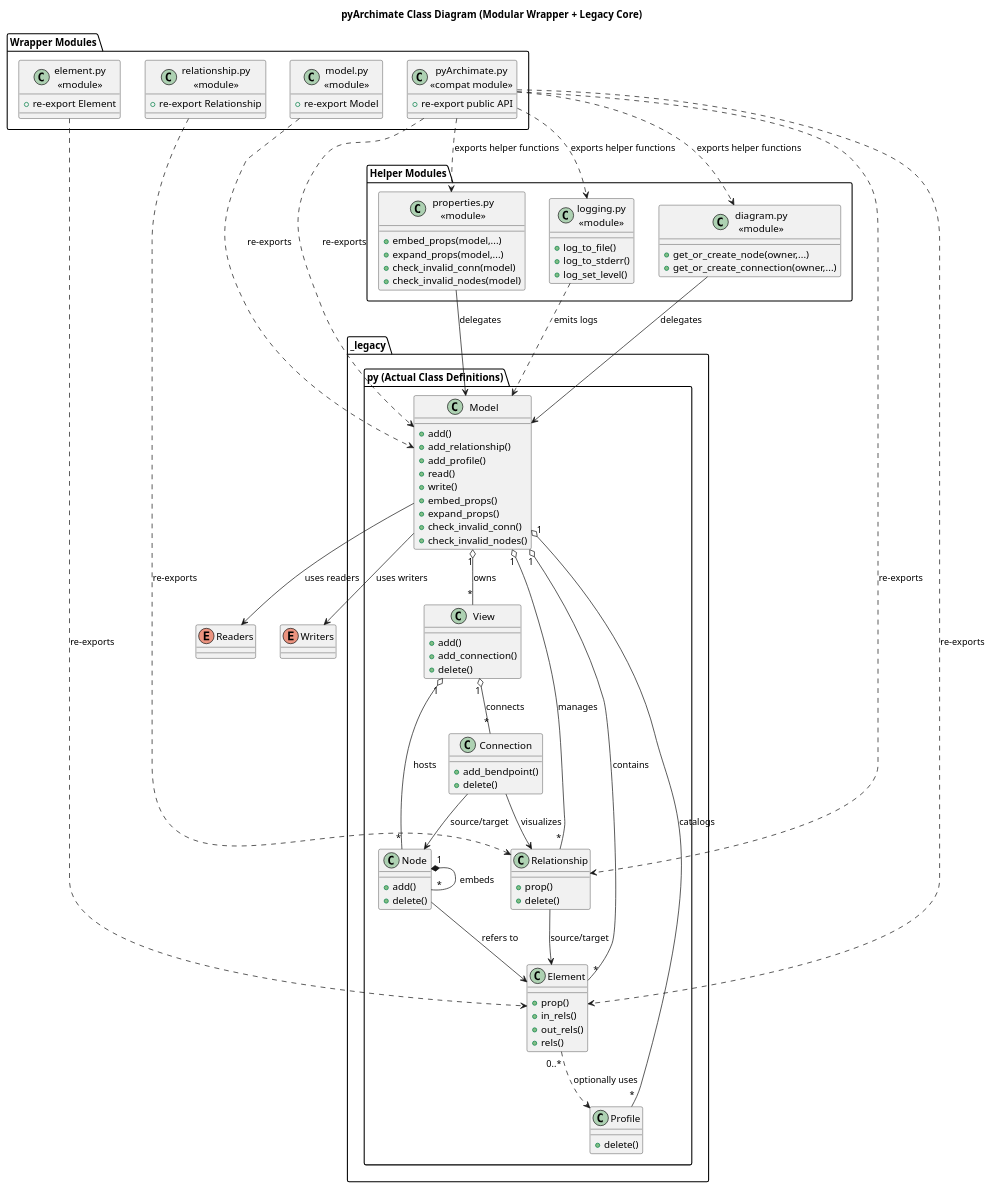
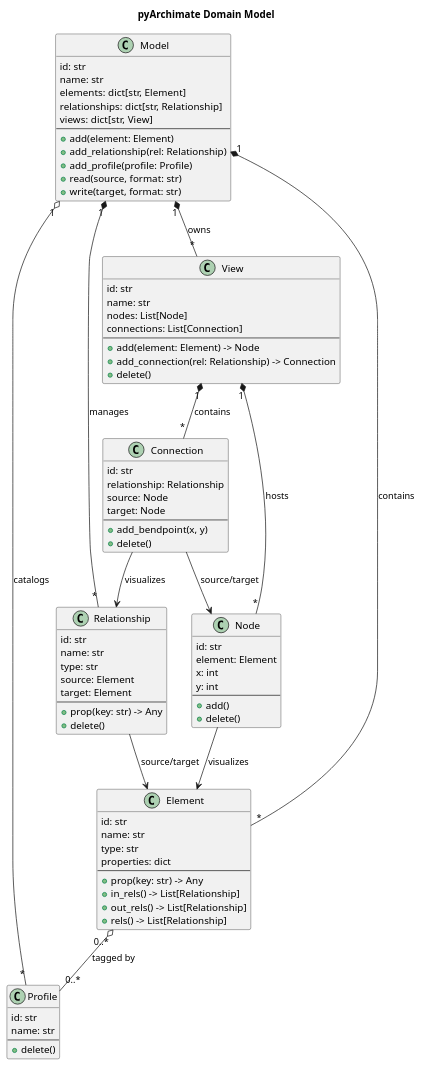
One commit to pyArchimate/pyArchimate changed the diagram in docs/diagrams/class.puml. Above: the diagram before and after it, drawn with PlantUML. The commit also changed 17 other files, not shown here.

Commit message:
feat: add view facade and prep legacy extraction

```diff
--- a/docs/diagrams/class.puml
+++ b/docs/diagrams/class.puml
@@ -1,107 +1,95 @@
 @startuml
-title pyArchimate Class Diagram (Modular Wrapper + Legacy Core)
+title pyArchimate Domain Model
 
-package "Wrapper Modules" {
-  class "model.py\n<<module>>" as ModelModule {
-    + re-export Model
-  }
-  class "element.py\n<<module>>" as ElementModule {
-    + re-export Element
-  }
-  class "relationship.py\n<<module>>" as RelationshipModule {
-    + re-export Relationship
-  }
-  class "pyArchimate.py\n<<compat module>>" as CompatModule {
-    + re-export public API
-  }
+class Model {
+  id: str
+  name: str
+  elements: dict[str, Element]
+  relationships: dict[str, Relationship]
+  views: dict[str, View]
+  --
+  + add(element: Element)
+  + add_relationship(rel: Relationship)
+  + add_profile(profile: Profile)
+  + read(source, format: str)
+  + write(target, format: str)
 }
 
-package "Helper Modules" {
-  class "diagram.py\n<<module>>" as DiagramModule {
-    + get_or_create_node(owner,...)
-    + get_or_create_connection(owner,...)
-  }
-  class "properties.py\n<<module>>" as PropertyModule {
-    + embed_props(model,...)
-    + expand_props(model,...)
-    + check_invalid_conn(model)
-    + check_invalid_nodes(model)
-  }
-  class "logging.py\n<<module>>" as LoggingModule {
-    + log_to_file()
-    + log_to_stderr()
-    + log_set_level()
-  }
+class Element {
+  id: str
+  name: str
+  type: str
+  properties: dict
+  --
+  + prop(key: str) -> Any
+  + in_rels() -> List[Relationship]
+  + out_rels() -> List[Relationship]
+  + rels() -> List[Relationship]
 }
 
-package "_legacy.py (Actual Class Definitions)" {
-  class Model {
-    + add()
-    + add_relationship()
-    + add_profile()
-    + read()
-    + write()
-    + embed_props()
-    + expand_props()
-    + check_invalid_conn()
-    + check_invalid_nodes()
-  }
-  class Element {
-    + prop()
-    + in_rels()
-    + out_rels()
-    + rels()
-  }
-  class Relationship {
-    + prop()
-    + delete()
-  }
-  class Profile {
-    + delete()
-  }
-  class View {
-    + add()
-    + add_connection()
-    + delete()
-  }
-  class Node {
-    + add()
-    + delete()
-  }
-  class Connection {
-    + add_bendpoint()
-    + delete()
-  }
+class Relationship {
+  id: str
+  name: str
+  type: str
+  source: Element
+  target: Element
+  --
+  + prop(key: str) -> Any
+  + delete()
 }
 
-enum Readers
-enum Writers
+class Profile {
+  id: str
+  name: str
+  --
+  + delete()
+}
 
-ModelModule ..> Model : re-exports
-ElementModule ..> Element : re-exports
-RelationshipModule ..> Relationship : re-exports
-CompatModule ..> Model : re-exports
-CompatModule ..> Element : re-exports
-CompatModule ..> Relationship : re-exports
-CompatModule ..> DiagramModule : exports helper functions
-CompatModule ..> PropertyModule : exports helper functions
-CompatModule ..> LoggingModule : exports helper functions
+class View {
+  id: str
+  name: str
+  nodes: List[Node]
+  connections: List[Connection]
+  --
+  + add(element: Element) -> Node
+  + add_connection(rel: Relationship) -> Connection
+  + delete()
+}
 
-Model "1" o-- "*" Element : contains
-Model "1" o-- "*" Relationship : manages
-Model "1" o-- "*" View : owns
+class Node {
+  id: str
+  element: Element
+  x: int
+  y: int
+  --
+  + add()
+  + delete()
+}
+
+class Connection {
+  id: str
+  relationship: Relationship
+  source: Node
+  target: Node
+  --
+  + add_bendpoint(x, y)
+  + delete()
+}
+
+Model "1" *-- "*" Element : contains
+Model "1" *-- "*" Relationship : manages
+Model "1" *-- "*" View : owns
 Model "1" o-- "*" Profile : catalogs
-View "1" o-- "*" Node : hosts
-View "1" o-- "*" Connection : connects
-Node "1" *-- "*" Node : embeds
-Node --> Element : refers to
+
+View "1" *-- "*" Node : hosts
+View "1" *-- "*" Connection : contains
+
+Node --> Element : visualizes
 Connection --> Relationship : visualizes
 Connection --> Node : source/target
+
 Relationship --> Element : source/target
-Element "0..*" ..> Profile : optionally uses
-Model --> Readers : uses readers
-Model --> Writers : uses writers
-DiagramModule --> Model : delegates
-PropertyModule --> Model : delegates
-LoggingModule ..> Model : emits logs
+
+Element "0..*" o-- "0..*" Profile : tagged by
+
 @enduml
```
